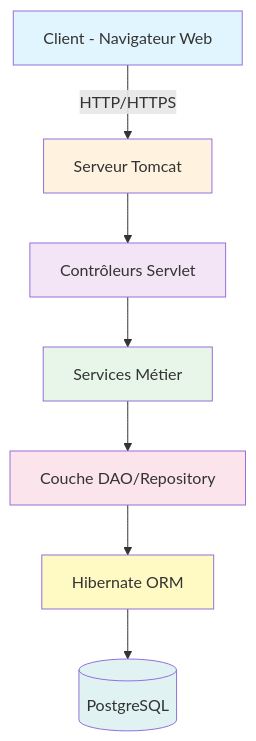
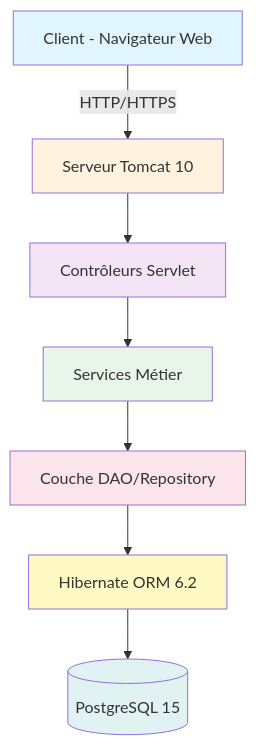
The diagram in README.md (hajarwalfi/Consulea-PatientCareCoordinator), drawn with Mermaid before and after one commit. The commit also changed other lines of this file and 1 other file, not shown here.

````diff
--- a/README.md
+++ b/README.md
@@ -89,17 +91,17 @@
 ```mermaid
 graph TB
-    A[Client - Navigateur Web] -->|HTTP/HTTPS| B[Serveur Tomcat]
+    A[Client - Navigateur Web] -->|HTTP/HTTPS| B[Serveur Tomcat 10]
     B --> C[Contrôleurs Servlet]
     C --> D[Services Métier]
     D --> E[Couche DAO/Repository]
-    E --> F[Hibernate ORM]
-    F --> G[(PostgreSQL)]
+    E --> F[Hibernate ORM 6.2]
+    F --> G[(PostgreSQL 15)]
     
     style A fill:#e1f5fe
     style B fill:#fff3e0
     style C fill:#f3e5f5
     style D fill:#e8f5e9
     style E fill:#fce4ec
     style F fill:#fff9c4
     style G fill:#e0f2f1
 ```
````
